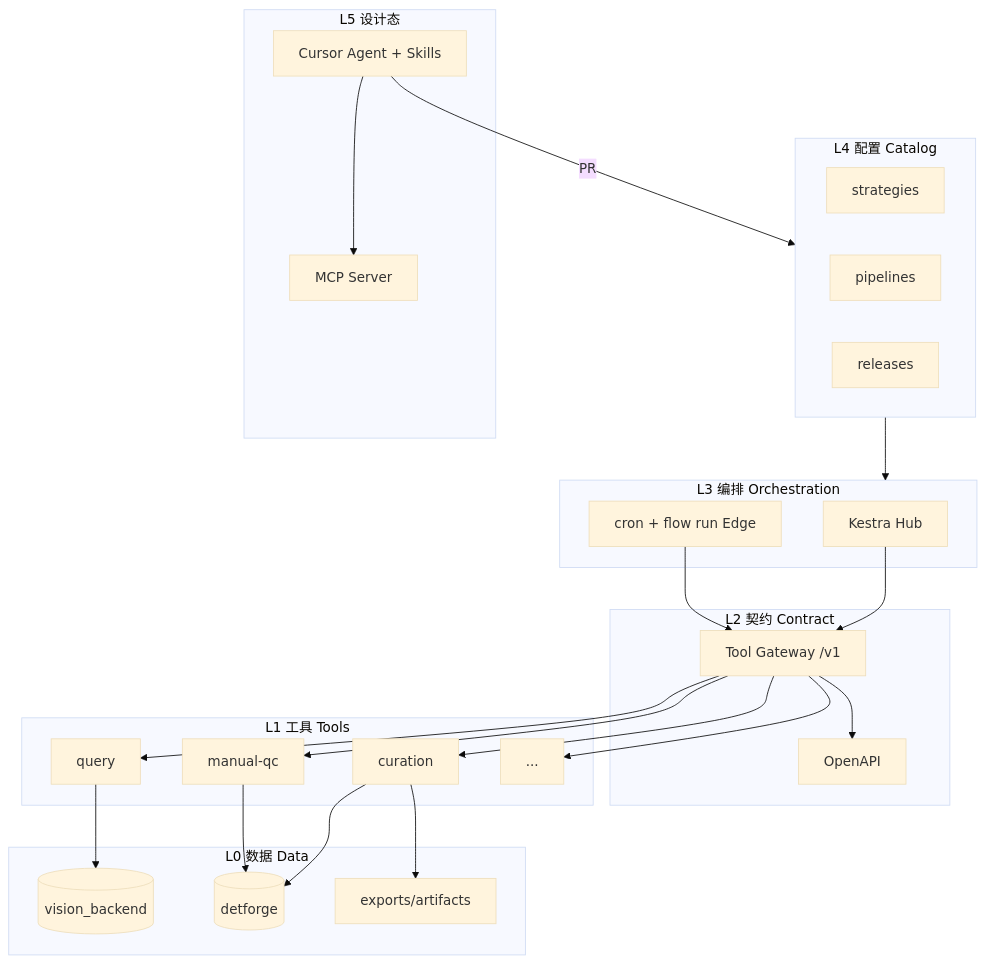
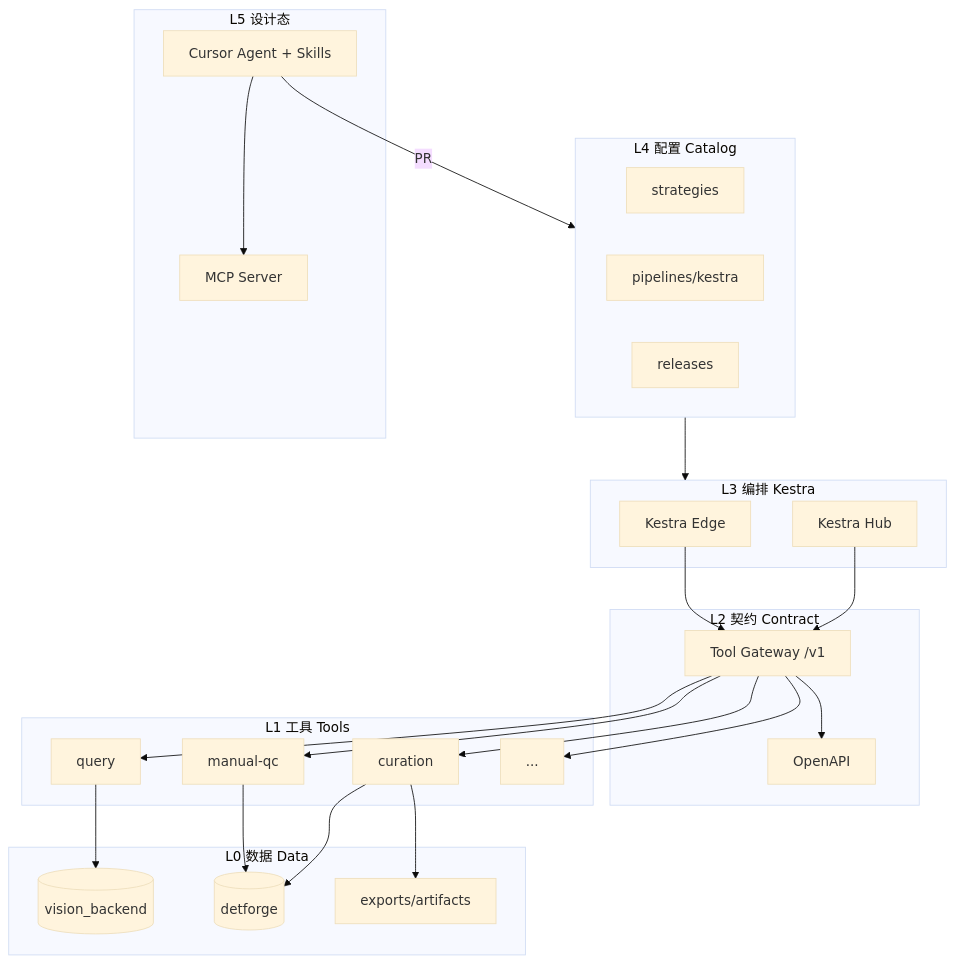
Before and after one commit to algo-boost/DetForge-Studio: the third of 10 diagrams in docs/ARCHITECTURE_DIAGRAMS.md, drawn with Mermaid (base theme). The commit also changed other lines of this file and 37 other files, not shown here.

````diff
--- a/docs/ARCHITECTURE_DIAGRAMS.md
+++ b/docs/ARCHITECTURE_DIAGRAMS.md
@@ -98,47 +97,47 @@
 ```mermaid
 flowchart TB
   subgraph L5 [L5 设计态]
     Agent[Cursor Agent + Skills]
     MCP[MCP Server]
   end
 
   subgraph L4 [L4 配置 Catalog]
     Strat[strategies]
-    Pipe[pipelines]
+    Pipe[pipelines/kestra]
     Rel[releases]
   end
 
-  subgraph L3 [L3 编排 Orchestration]
-    K[Kestra Hub]
-    C[cron + flow run Edge]
+  subgraph L3 [L3 编排 Kestra]
+    K_E[Kestra Edge]
+    K_H[Kestra Hub]
   end
 
   subgraph L2 [L2 契约 Contract]
     GW[Tool Gateway /v1]
     OAS[OpenAPI]
   end
 
   subgraph L1 [L1 工具 Tools]
     T1[query]
     T2[manual-qc]
     T3[curation]
     TN[...]
   end
 
   subgraph L0 [L0 数据 Data]
     VB[(vision_backend)]
     DF[(detforge)]
     FS[exports/artifacts]
   end
 
   Agent --> MCP
   Agent -->|PR| L4
   L4 --> L3
-  C --> GW
-  K --> GW
+  K_E --> GW
+  K_H --> GW
   GW --> OAS
   GW --> T1 & T2 & T3 & TN
   T1 --> VB
   T2 & T3 --> DF
   T3 --> FS
 ```
````
